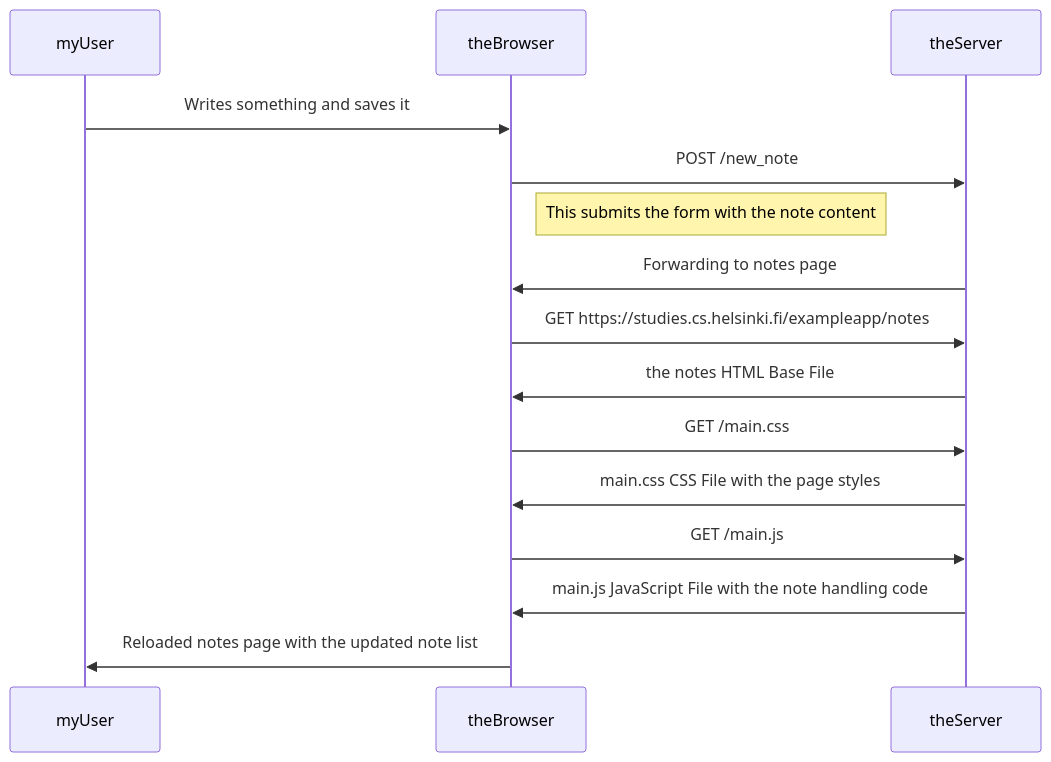
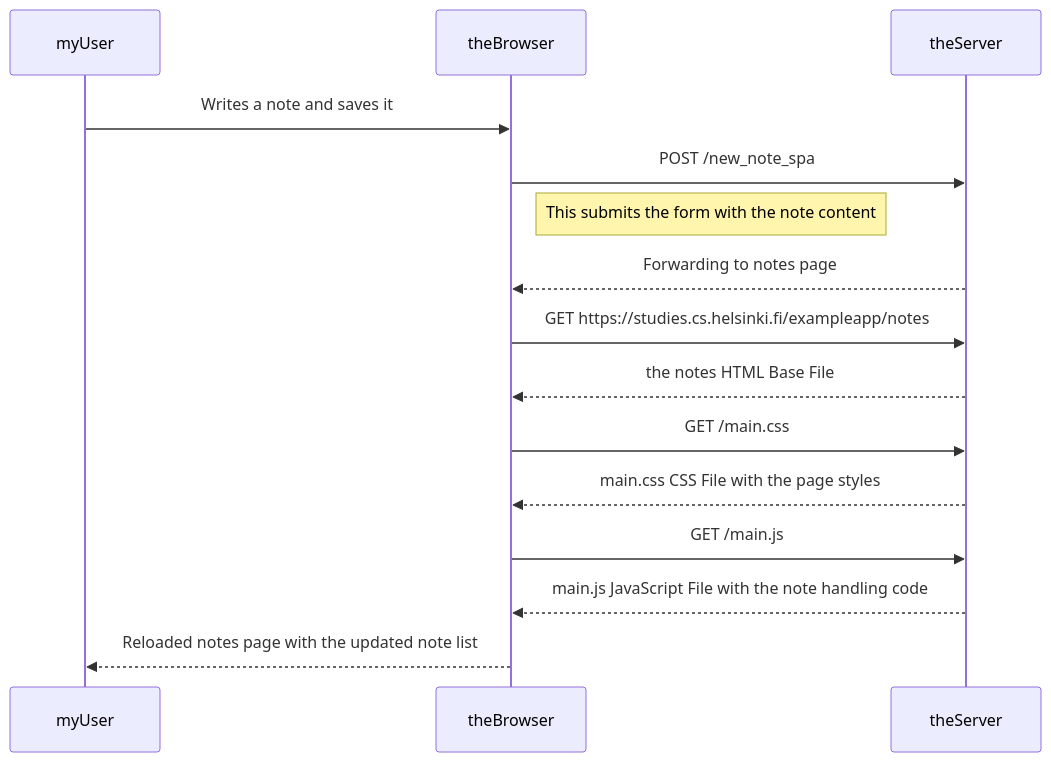
Before and after one commit to jalejotorresm/part-0-exercises: the diagram in exercise04.md, drawn with Mermaid. The commit also changed 1 other file, not shown here.

Commit message:
MD file updated + new image

````diff
--- a/exercise04.md
+++ b/exercise04.md
@@ -3,22 +3,22 @@
 ```mermaid
 sequenceDiagram
     participant myUser
     participant theBrowser
     participant theServer
 
-    myUser->>theBrowser: Writes something and saves it
-    theBrowser->>theServer: POST /new_note
+    myUser->>theBrowser: Writes a note and saves it
+    theBrowser->>theServer: POST /new_note_spa
     Note right of theBrowser: This submits the form with the note content
 
-    theServer->>theBrowser: Forwarding to notes page
+    theServer-->>theBrowser: Forwarding to notes page
     theBrowser->>theServer: GET https://studies.cs.helsinki.fi/exampleapp/notes
-    theServer->>theBrowser: the notes HTML Base File
+    theServer-->>theBrowser: the notes HTML Base File
 
     theBrowser->>theServer: GET /main.css
-    theServer->>theBrowser: main.css CSS File with the page styles
+    theServer-->>theBrowser: main.css CSS File with the page styles
 
     theBrowser->>theServer: GET /main.js
-    theServer->>theBrowser: main.js JavaScript File with the note handling code
+    theServer-->>theBrowser: main.js JavaScript File with the note handling code
 
-    theBrowser->>myUser: Reloaded notes page with the updated note list
+    theBrowser-->>myUser: Reloaded notes page with the updated note list
 ```
````
